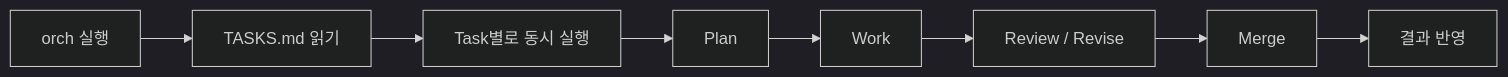
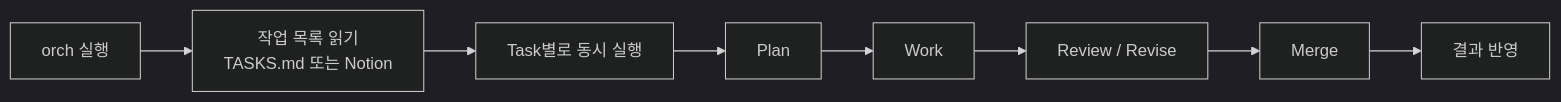
One commit to Lueper/LpOrch changed the diagram in README.md. Above: the diagram before and after it, drawn with Mermaid (dark theme). The commit also changed other lines of this file and 27 other files, not shown here.

````diff
--- a/README.md
+++ b/README.md
@@ -5,10 +5,10 @@
 ```mermaid
 flowchart LR
-    A[orch 실행] --> B[TASKS.md 읽기]
+    A[orch 실행] --> B[작업 목록 읽기<br/>TASKS.md 또는 Notion]
     B --> C[Task별로 동시 실행]
     C --> D[Plan]
     D --> E[Work]
     E --> F[Review / Revise]
     F --> G[Merge]
     G --> H[결과 반영]
 ```
````
